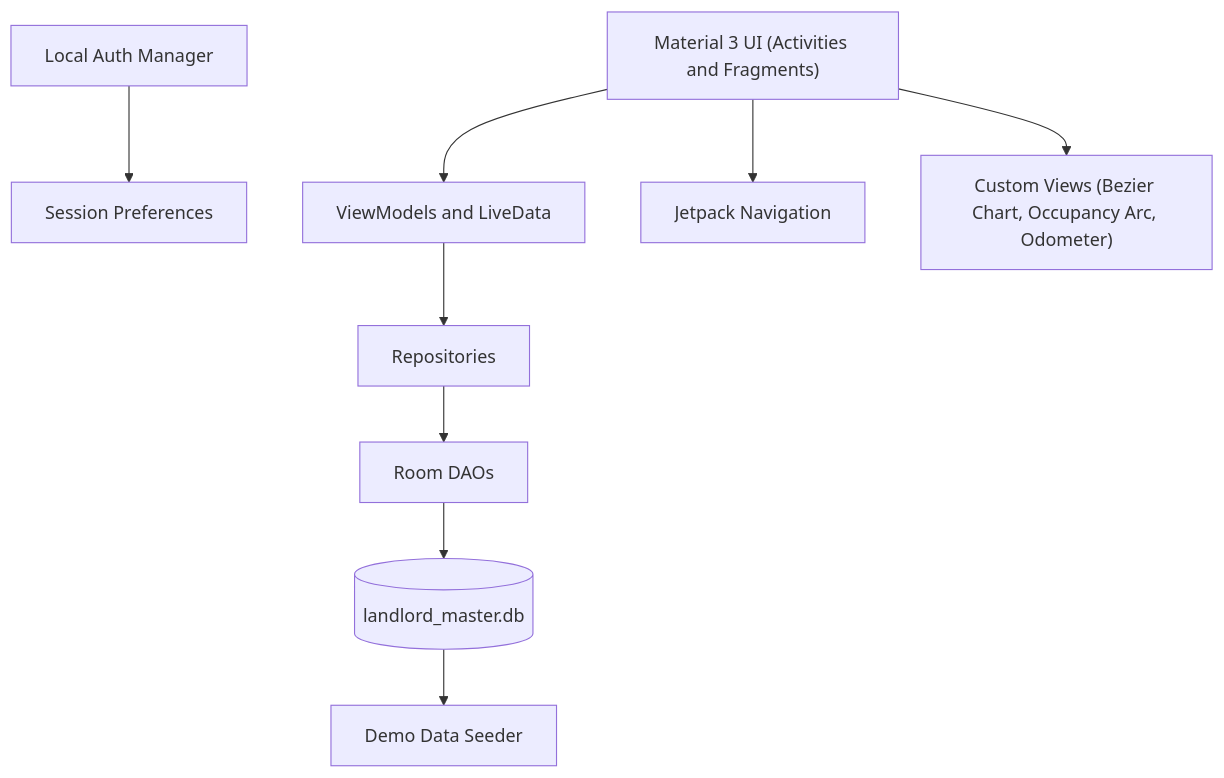
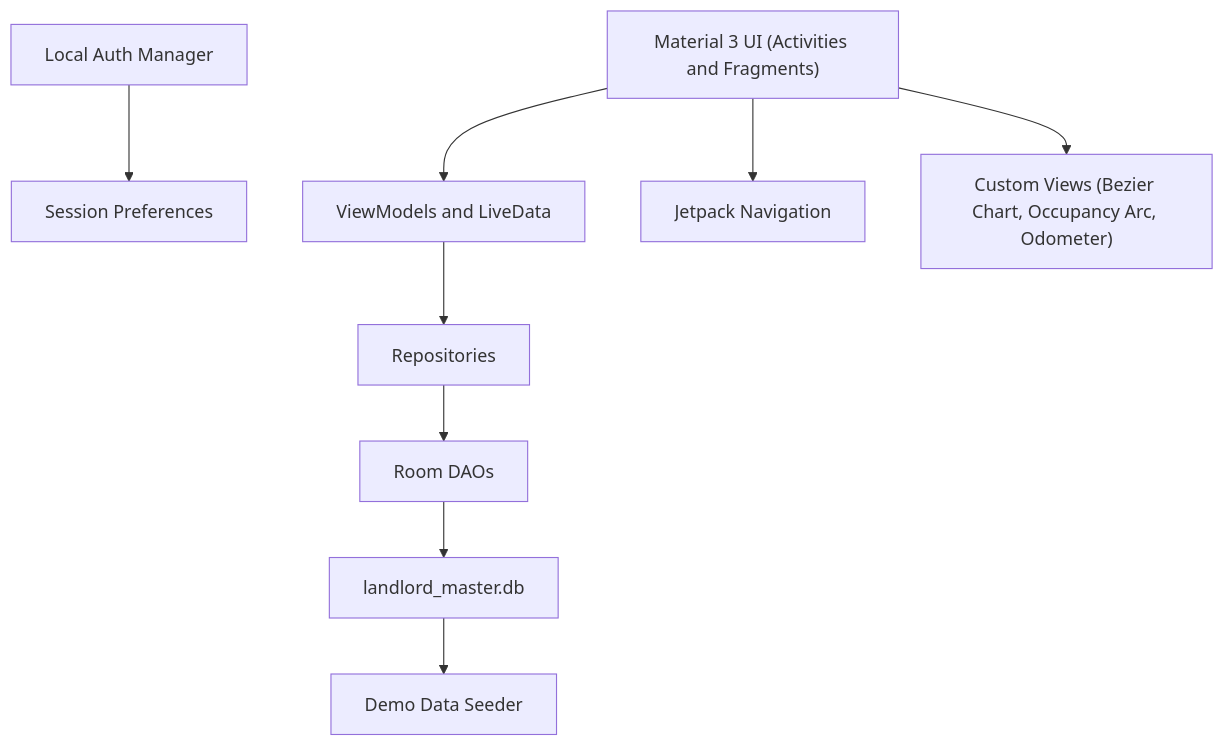
One commit to araf-47/landlord-android-remastered changed the diagram in README.md. Above: the diagram before and after it, drawn with Mermaid.

Commit message:
fix: simplify mermaid node for reliable rendering

````diff
--- a/README.md
+++ b/README.md
@@ -121,11 +121,11 @@
 ```mermaid
 graph TD
     UI["Material 3 UI (Activities and Fragments)"] --> VM["ViewModels and LiveData"]
     VM --> Repos["Repositories"]
     Repos --> DAOs["Room DAOs"]
-    DAOs --> DB[("landlord_master.db")]
+    DAOs --> DB["landlord_master.db"]
     DB --> Seeder["Demo Data Seeder"]
     Auth["Local Auth Manager"] --> Session["Session Preferences"]
     UI --> Nav["Jetpack Navigation"]
     UI --> Widgets["Custom Views (Bezier Chart, Occupancy Arc, Odometer)"]
 ```
````
